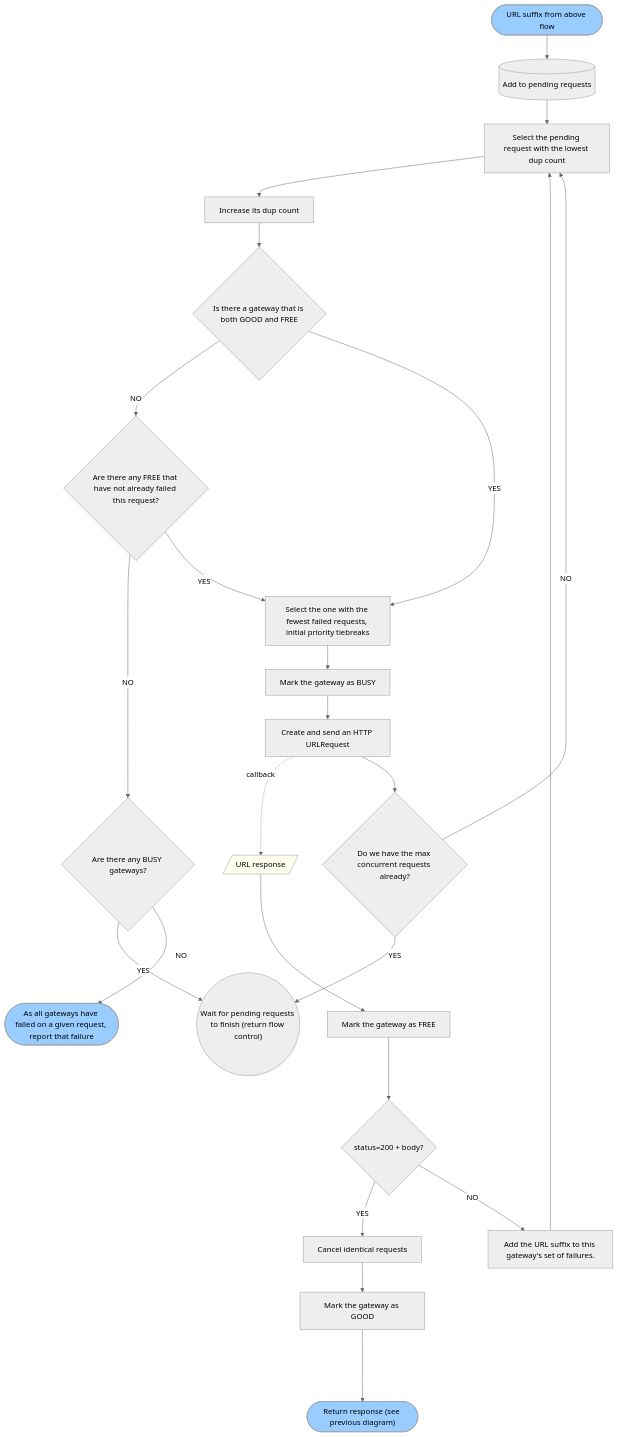
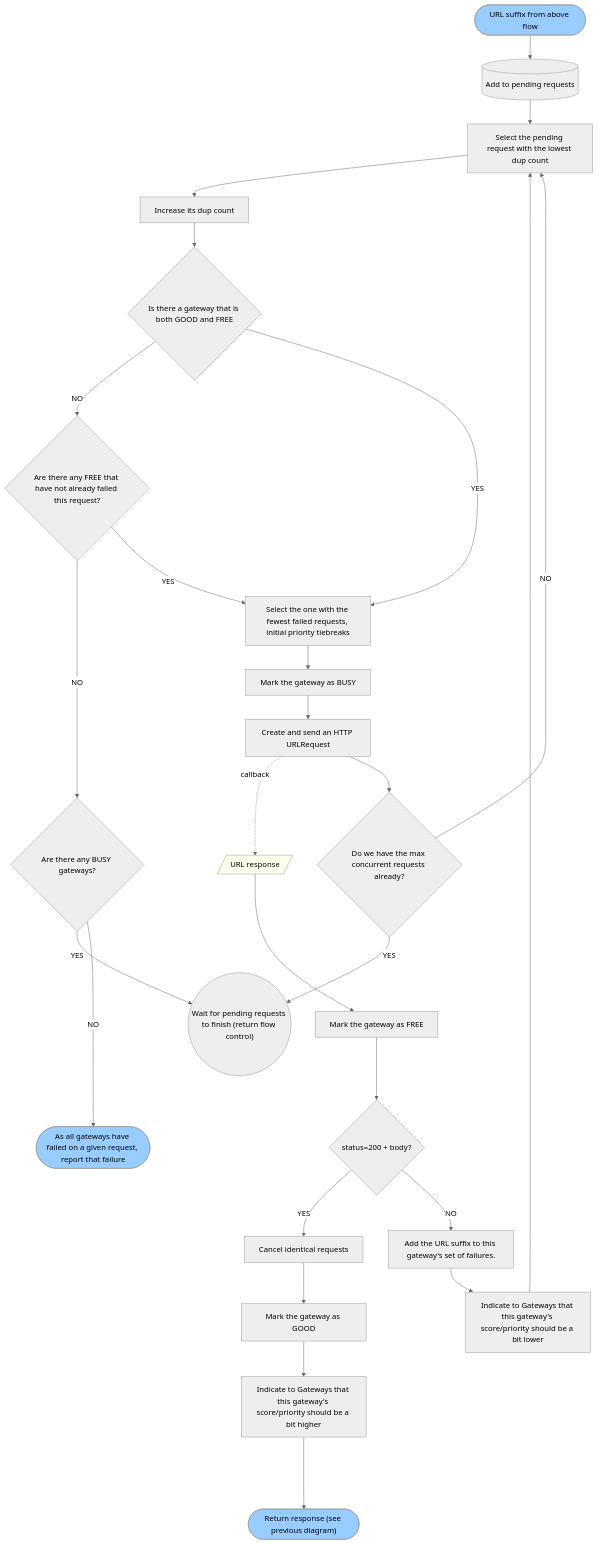
The second of 2 diagrams in README.md (little-bear-labs/ipfs-chromium), drawn with Mermaid (neutral theme) before and after one commit. The commit also changed other lines of this file, not shown here.

Commit message:
Class Diagram

````diff
--- a/README.md
+++ b/README.md
@@ -88,21 +88,27 @@
 ```mermaid
 graph TD;
     start(["URL suffix from above flow"]) --> add[("Add to pending requests")]
     style start fill:#9CF
     add --> selreq["Select the pending request with the lowest dup count"] --> incdup["Increase its dup count"] 
-    incdup --> goodfree{"Is there a gateway that is both GOOD and FREE"} --NO--> badfree{"Are there any FREE that have not already failed this request?"} 
-    badfree --NO--> anybusy{"Are there any BUSY gateways?"} --YES--> wait(("Wait for pending requests to finish (return flow control)"))
-    badfree --YES--> selbf["Select the one with the fewest failed requests, initial priority tiebreaks"] --> mark_busy["Mark the gateway as BUSY"]
+    incdup --> goodfree{"Is there a gateway that is both GOOD and FREE"} 
+    goodfree --NO--> badfree{"Are there any FREE that have not already failed this request?"} 
+    badfree --NO--> anybusy{"Are there any BUSY gateways?"} 
+    anybusy --YES--> wait(("Wait for pending requests to finish (return flow control)"))
+    badfree --YES--> selbf["Select the one with the fewest failed requests, initial priority tiebreaks"] 
+    selbf --> mark_busy["Mark the gateway as BUSY"]
     goodfree --YES--> selbf
     mark_busy --> send["Create and send an HTTP URLRequest"]
     send -.callback.-> resp
     send --> conc{"Do we have the max concurrent requests already?"} --NO--> selreq
     conc --YES--> wait
     resp[/"URL response"/] --> markfree["Mark the gateway as FREE"] --> success{"status=200 + body?"} 
     style resp fill:#FFE
-    success --YES--> cancel["Cancel identical requests"] --> markgood["Mark the gateway as GOOD"] ----> successed(["Return response (see previous diagram)"])
+    success --YES--> cancel["Cancel identical requests"] --> markgood["Mark the gateway as GOOD"] 
+    markgood --> incprio["Indicate to Gateways that this gateway's score/priority should be a bit higher"] 
+    incprio ----> successed(["Return response (see previous diagram)"])
     style successed fill:#9CF
-    success --NO--> addbad["Add the URL suffix to this gateway's set of failures."] --> selreq
-    anybusy --NO--> all_failed(["As all gateways have failed on a given request, report that failure"])
+    success --NO--> addbad["Add the URL suffix to this gateway's set of failures."] 
+    addbad --> decprio[Indicate to Gateways that this gateway's score/priority should be a bit lower] --> selreq
+    anybusy --NO---> all_failed(["As all gateways have failed on a given request, report that failure"])
     style all_failed fill:#9CF
  ```
````
